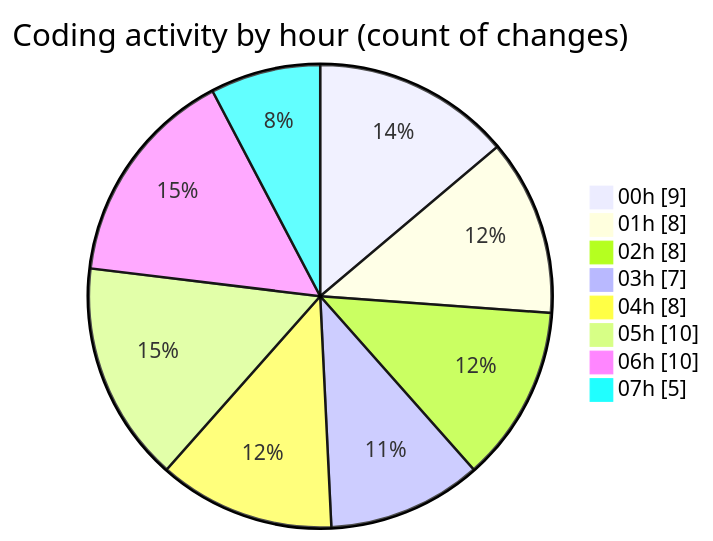
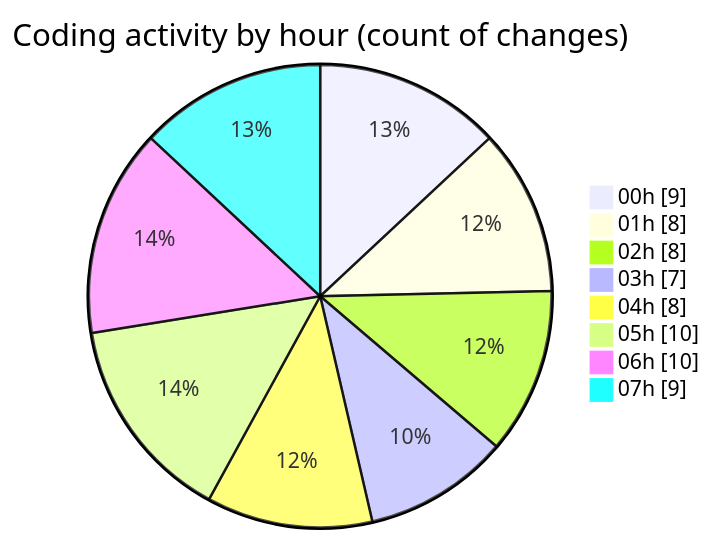
Before and after one commit to jrari/code-tracking: the second of 2 diagrams in 2025-07-14/telebot/README.md, drawn with Mermaid. The commit also changed other lines of this file and 1 other file, not shown here.

````diff
--- a/2025-07-14/telebot/README.md
+++ b/2025-07-14/telebot/README.md
@@ -55,12 +55,12 @@
 ```mermaid
 pie showData
 title Coding activity by hour (count of changes)
 "00h" : 9
 "01h" : 8
 "02h" : 8
 "03h" : 7
 "04h" : 8
 "05h" : 10
 "06h" : 10
-"07h" : 5
+"07h" : 9
 ```
````
